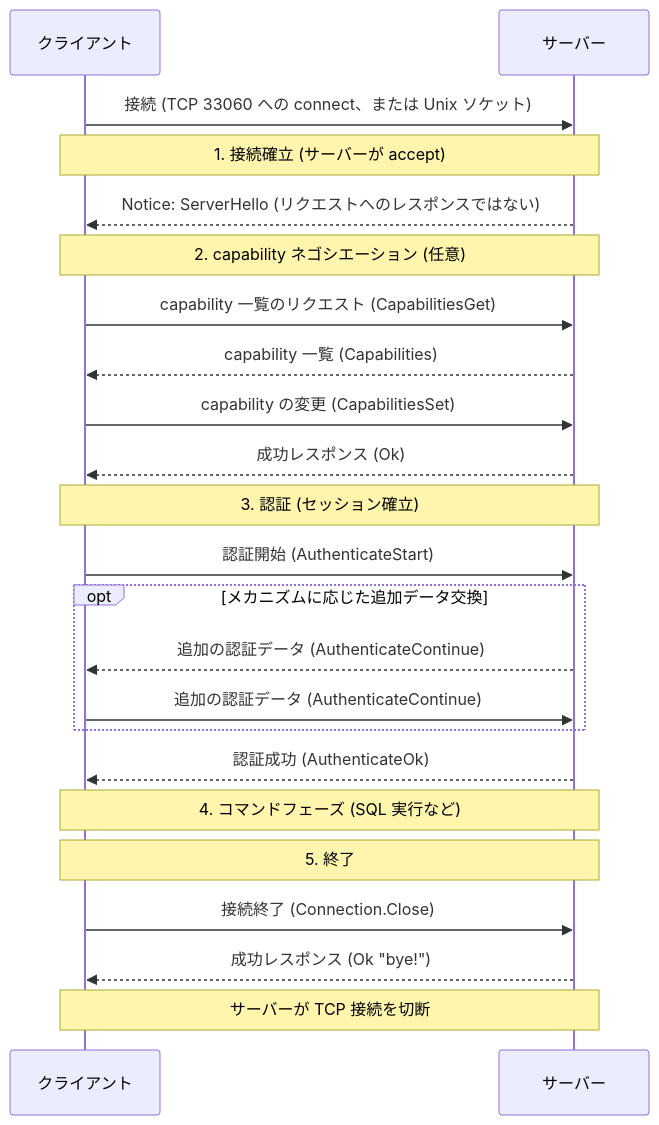
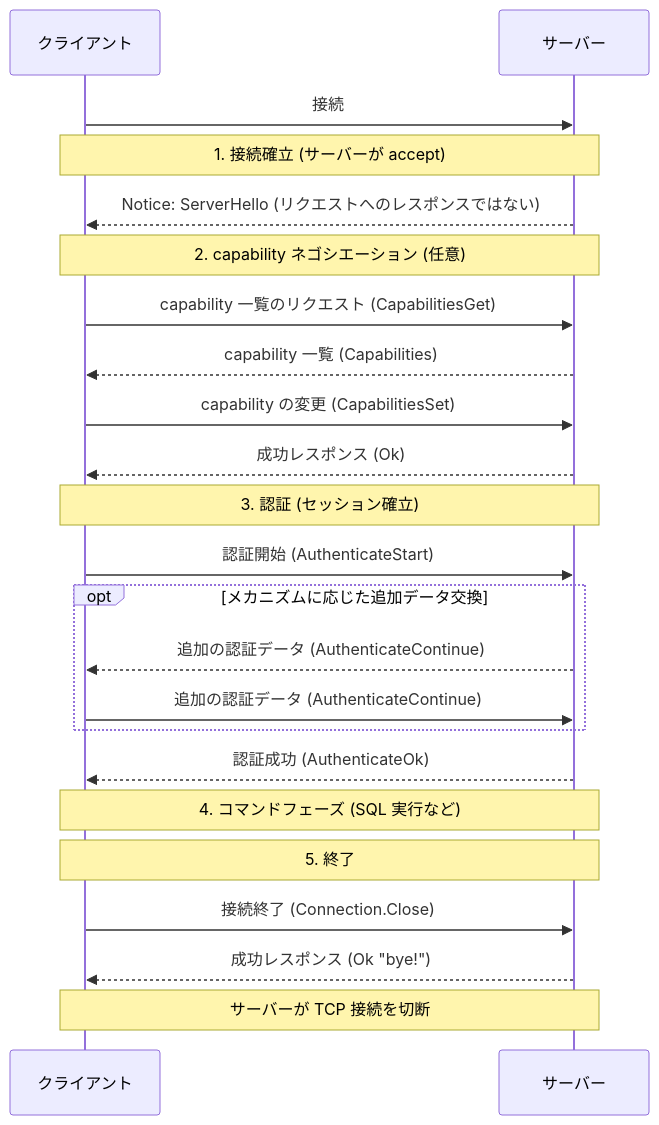
The first of 2 diagrams in docs/specification/protocol/communication_flow.md (ren-yamanashi/minesql), drawn with Mermaid before and after one commit. The commit also changed other lines of this file and 1 other file, not shown here.

````diff
--- a/docs/specification/protocol/communication_flow.md
+++ b/docs/specification/protocol/communication_flow.md
@@ -7,25 +7,25 @@
 ```mermaid
 sequenceDiagram
     participant C as クライアント
     participant S as サーバー
-    C->>S: 接続 (TCP 33060 への connect、または Unix ソケット)
+    C->>S: 接続
     Note over C,S: 1. 接続確立 (サーバーが accept)
     S-->>C: Notice: ServerHello (リクエストへのレスポンスではない)
     Note over C,S: 2. capability ネゴシエーション (任意)
     C->>S: capability 一覧のリクエスト (CapabilitiesGet)
     S-->>C: capability 一覧 (Capabilities)
     C->>S: capability の変更 (CapabilitiesSet)
     S-->>C: 成功レスポンス (Ok)
     Note over C,S: 3. 認証 (セッション確立)
     C->>S: 認証開始 (AuthenticateStart)
     opt メカニズムに応じた追加データ交換
         S-->>C: 追加の認証データ (AuthenticateContinue)
         C->>S: 追加の認証データ (AuthenticateContinue)
     end
     S-->>C: 認証成功 (AuthenticateOk)
     Note over C,S: 4. コマンドフェーズ (SQL 実行など)
     Note over C,S: 5. 終了
     C->>S: 接続終了 (Connection.Close)
     S-->>C: 成功レスポンス (Ok "bye!")
     Note over C,S: サーバーが TCP 接続を切断
 ```
````
